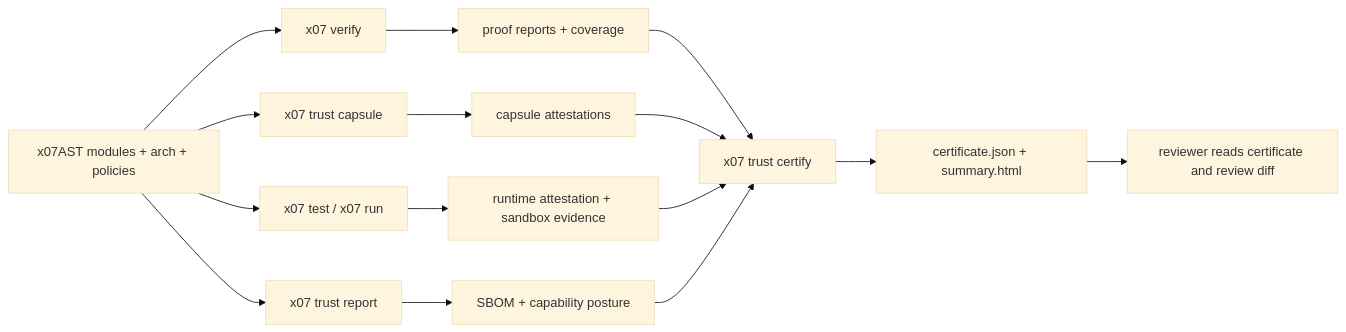
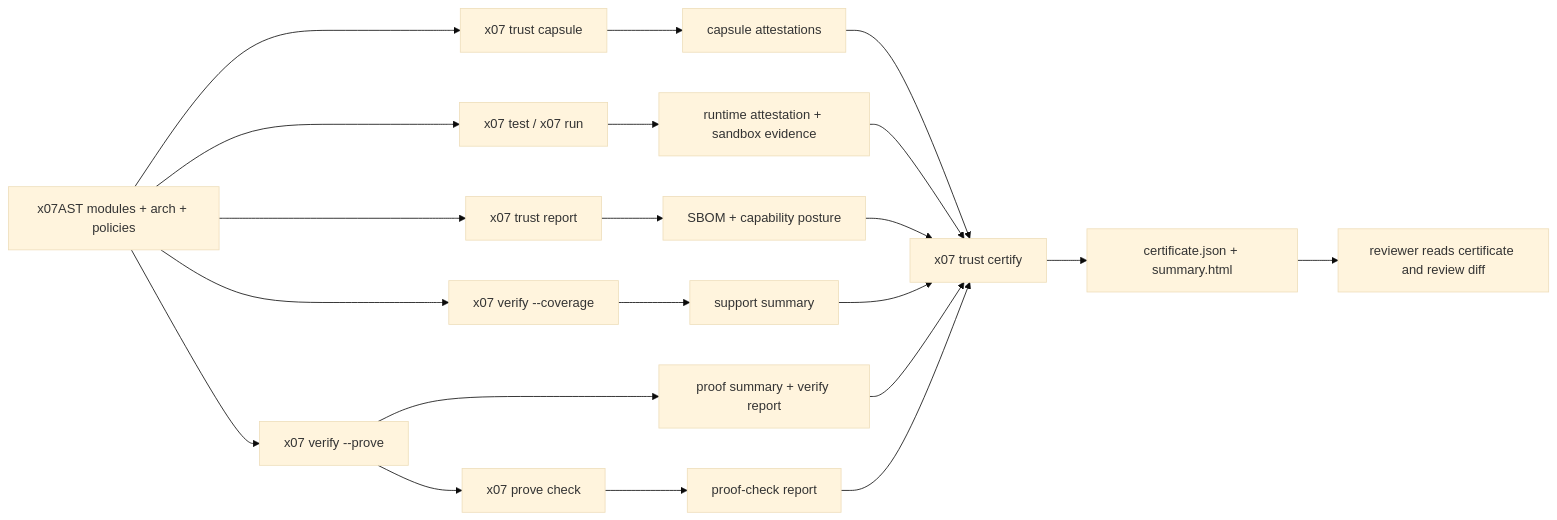
Before and after one commit to x07lang/x07-website: the diagram in docs/v0.1.79/toolchain/formal-verification.md, drawn with Mermaid (base theme). The commit also changed other lines of this file and 188 other files, not shown here.

````diff
--- a/docs/v0.1.79/toolchain/formal-verification.md
+++ b/docs/v0.1.79/toolchain/formal-verification.md
@@ -12,17 +13,23 @@
 ```mermaid
 flowchart LR
-    A[x07AST modules + arch + policies] --> B[x07 verify]
-    B --> C[proof reports + coverage]
+    A[x07AST modules + arch + policies] --> B[x07 verify --coverage]
+    A --> C[x07 verify --prove]
+    C --> P[x07 prove check]
     A --> D[x07 trust capsule]
     D --> E[capsule attestations]
     A --> F[x07 test / x07 run]
     F --> G[runtime attestation + sandbox evidence]
     A --> H[x07 trust report]
     H --> I[SBOM + capability posture]
-    C --> J[x07 trust certify]
-    E --> J
-    G --> J
-    I --> J
-    J --> K[certificate.json + summary.html]
-    K --> L[reviewer reads certificate and review diff]
+    B --> J[support summary]
+    C --> K[proof summary + verify report]
+    P --> L[proof-check report]
+    E --> M[x07 trust certify]
+    G --> M
+    I --> M
+    J --> M
+    K --> M
+    L --> M
+    M --> N[certificate.json + summary.html]
+    N --> O[reviewer reads certificate and review diff]
 ```
````
